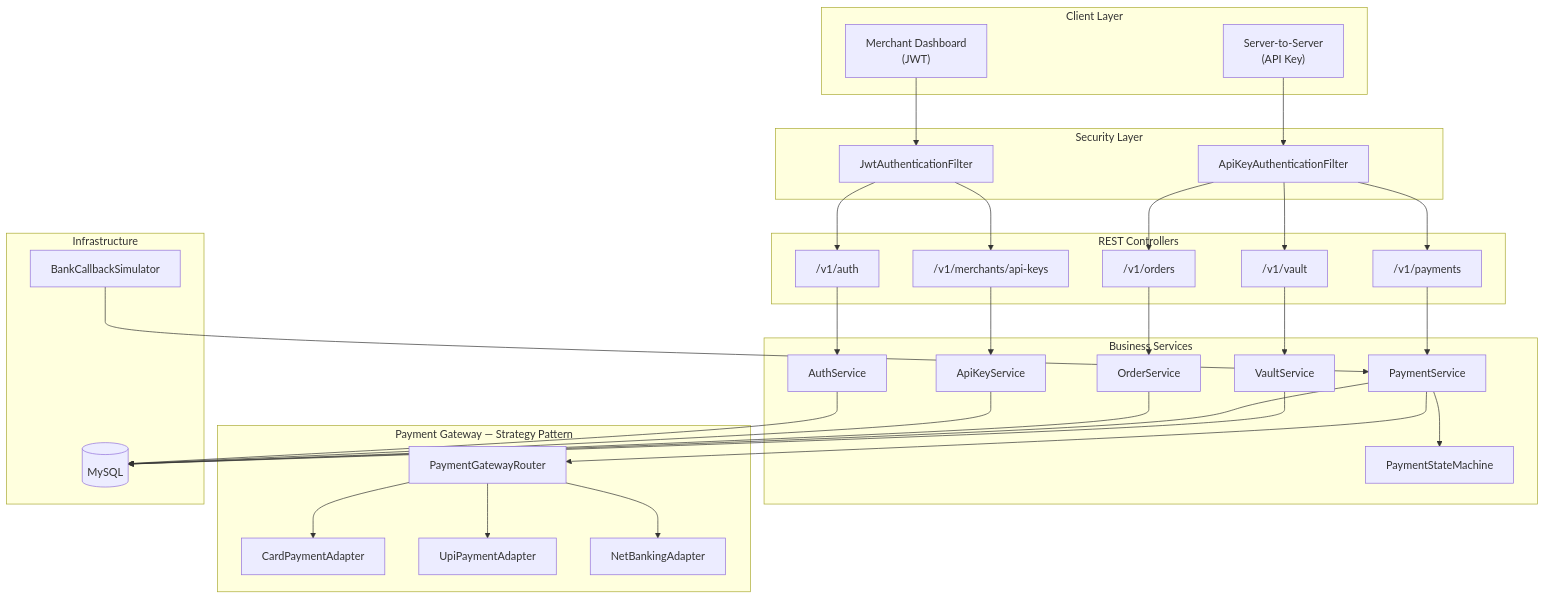
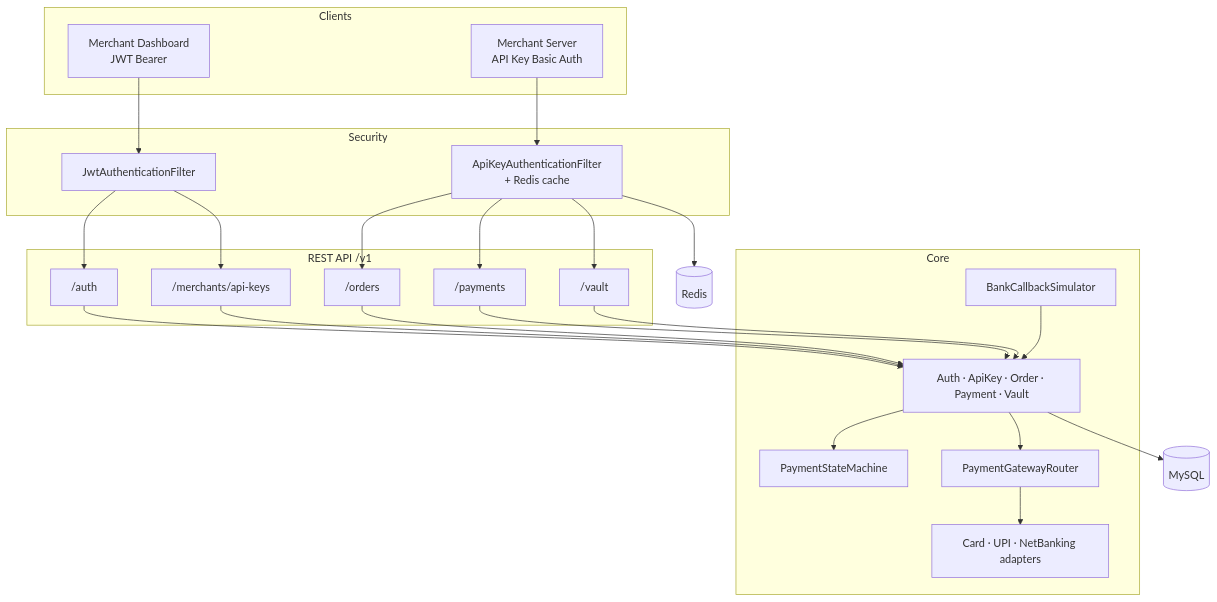
The first of 3 diagrams in README.md (akankshapatil2611/razorpay), drawn with Mermaid before and after one commit. The commit also changed other lines of this file, not shown here.

````diff
--- a/README.md
+++ b/README.md
@@ -36,59 +41,40 @@
 ```mermaid
 flowchart TB
-    subgraph Client["Client Layer"]
-        Dashboard["Merchant Dashboard<br/>(JWT)"]
-        Server["Server-to-Server<br/>(API Key)"]
+    subgraph Clients
+        Dashboard["Merchant Dashboard<br/>JWT Bearer"]
+        MerchantServer["Merchant Server<br/>API Key Basic Auth"]
     end
 
-    subgraph Security["Security Layer"]
-        JWTFilter["JwtAuthenticationFilter"]
-        ApiKeyFilter["ApiKeyAuthenticationFilter"]
+    subgraph Security
+        JWT["JwtAuthenticationFilter"]
+        APIKEY["ApiKeyAuthenticationFilter<br/>+ Redis cache"]
     end
 
-    subgraph API["REST Controllers"]
-        Auth["/v1/auth"]
-        ApiKeys["/v1/merchants/api-keys"]
-        Orders["/v1/orders"]
-        Payments["/v1/payments"]
-        Vault["/v1/vault"]
+    subgraph API["REST API /v1"]
+        Auth["/auth"]
+        Keys["/merchants/api-keys"]
+        Orders["/orders"]
+        Payments["/payments"]
+        Vault["/vault"]
     end
 
-    subgraph Services["Business Services"]
-        AuthSvc["AuthService"]
-        ApiKeySvc["ApiKeyService"]
-        OrderSvc["OrderService"]
-        PaymentSvc["PaymentService"]
-        VaultSvc["VaultService"]
-        StateMachine["PaymentStateMachine"]
+    subgraph Core
+        Services["Auth · ApiKey · Order · Payment · Vault"]
+        SM["PaymentStateMachine"]
+        Router["PaymentGatewayRouter"]
+        Adapters["Card · UPI · NetBanking adapters"]
+        Sim["BankCallbackSimulator"]
     end
 
-    subgraph Gateway["Payment Gateway — Strategy Pattern"]
-        Router["PaymentGatewayRouter"]
-        Card["CardPaymentAdapter"]
-        UPI["UpiPaymentAdapter"]
-        NB["NetBankingAdapter"]
-    end
+    DB[(MySQL)]
+    Redis[(Redis)]
 
-    subgraph Infra["Infrastructure"]
-        MySQL[(MySQL)]
-        Simulator["BankCallbackSimulator"]
-    end
-
-    Dashboard --> JWTFilter
-    Server --> ApiKeyFilter
-    JWTFilter --> Auth & ApiKeys
-    ApiKeyFilter --> Orders & Payments & Vault
-
-    Auth --> AuthSvc
-    ApiKeys --> ApiKeySvc
-    Orders --> OrderSvc
-    Payments --> PaymentSvc
-    Vault --> VaultSvc
-
-    PaymentSvc --> StateMachine
-    PaymentSvc --> Router
-    Router --> Card & UPI & NB
-    Simulator --> PaymentSvc
-
-    AuthSvc & ApiKeySvc & OrderSvc & PaymentSvc & VaultSvc --> MySQL
+    Dashboard --> JWT --> Auth & Keys
+    MerchantServer --> APIKEY --> Orders & Payments & Vault
+    APIKEY --> Redis
+    Auth & Keys & Orders & Payments & Vault --> Services
+    Services --> SM & Router
+    Router --> Adapters
+    Sim --> Services
+    Services --> DB
 ```
````
